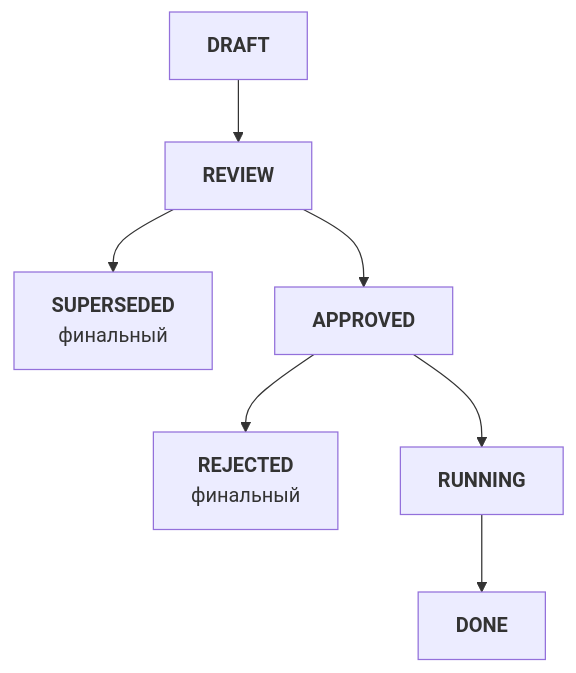
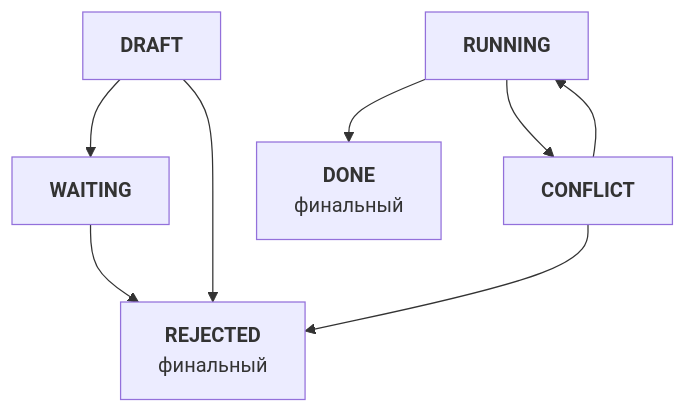
Before and after one commit to NSEvteev/FullSpec: the fourth of 5 diagrams in .claude/drafts/2026-02-08-specs-architecture.md, drawn with Mermaid. The commit also changed other lines of this file, not shown here.

First line of the commit message:
docs: модель статусов, каскады REJECTED/CONFLICT, обратная связь Code→Specs

````diff
--- a/.claude/drafts/2026-02-08-specs-architecture.md
+++ b/.claude/drafts/2026-02-08-specs-architecture.md
@@ -682,25 +671,24 @@
 ```mermaid
 graph TD
     DRAFT["<b>DRAFT</b>"]
 
-    REVIEW["<b>REVIEW</b>"]
+    WAITING["<b>WAITING</b>"]
 
-    SUPERSEDED["<b>SUPERSEDED</b>
+    RUNNING["<b>RUNNING</b>"]
+
+    DONE["<b>DONE</b>
     финальный"]
 
-    APPROVED["<b>APPROVED</b>"]
+    CONFLICT["<b>CONFLICT</b>"]
 
     REJECTED["<b>REJECTED</b>
     финальный"]
 
-    RUNNING["<b>RUNNING</b>"]
-
-    DONE["<b>DONE</b>"]
-
-    DRAFT --> REVIEW
-    REVIEW --> SUPERSEDED
-    REVIEW --> APPROVED
-    APPROVED --> REJECTED
-    APPROVED --> RUNNING
+    DRAFT --> WAITING
+    DRAFT --> REJECTED
+    WAITING --> REJECTED
     RUNNING --> DONE
+    RUNNING --> CONFLICT
+    CONFLICT --> RUNNING
+    CONFLICT --> REJECTED
 ```
````
